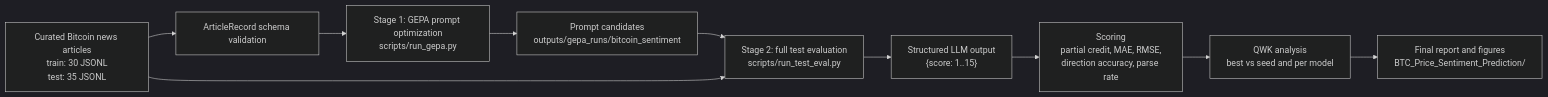
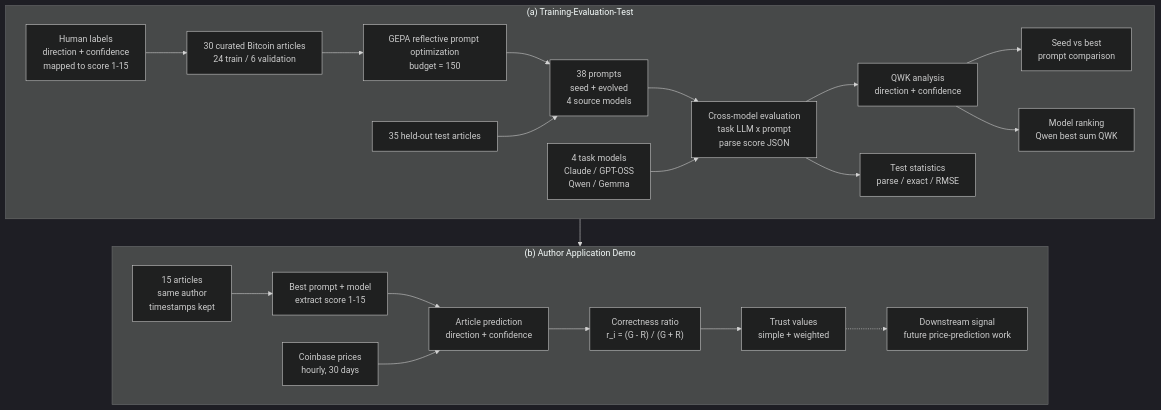
Before and after one commit to Bingrui-Barry-Yang/Market_Prediction_DL_Final_Project: the diagram in README.md, drawn with Mermaid (dark theme). The commit also changed other lines of this file, not shown here.

````diff
--- a/README.md
+++ b/README.md
@@ -47,12 +47,28 @@
 ```mermaid
-flowchart LR
-    A["Curated Bitcoin news articles<br/>train: 30 JSONL<br/>test: 35 JSONL"] --> B["ArticleRecord schema validation"]
-    B --> C["Stage 1: GEPA prompt optimization<br/>scripts/run_gepa.py"]
-    C --> D["Prompt candidates<br/>outputs/gepa_runs/bitcoin_sentiment"]
-    D --> E["Stage 2: full test evaluation<br/>scripts/run_test_eval.py"]
-    A --> E
-    E --> F["Structured LLM output<br/>{score: 1..15}"]
-    F --> G["Scoring<br/>partial credit, MAE, RMSE,<br/>direction accuracy, parse rate"]
-    G --> H["QWK analysis<br/>best vs seed and per model"]
-    H --> I["Final report and figures<br/>BTC_Price_Sentiment_Prediction/"]
+flowchart TB
+    subgraph A["(a) Training-Evaluation-Test"]
+        direction LR
+        Train["30 curated Bitcoin articles<br/>24 train / 6 validation"] --> GEPA["GEPA reflective prompt optimization<br/>budget = 150"]
+        Labels["Human labels<br/>direction + confidence<br/>mapped to score 1-15"] --> Train
+        GEPA --> Prompts["38 prompts<br/>seed + evolved<br/>4 source models"]
+        Test["35 held-out test articles"] --> Prompts
+        Prompts --> Eval["Cross-model evaluation<br/>task LLM x prompt<br/>parse score JSON"]
+        Models["4 task models<br/>Claude / GPT-OSS<br/>Qwen / Gemma"] --> Eval
+        Eval --> QWK["QWK analysis<br/>direction + confidence"]
+        Eval --> Stats["Test statistics<br/>parse / exact / RMSE"]
+        QWK --> SeedBest["Seed vs best<br/>prompt comparison"]
+        QWK --> Ranking["Model ranking<br/>Qwen best sum QWK"]
+    end
+
+    subgraph B["(b) Author Application Demo"]
+        direction LR
+        Author["15 articles<br/>same author<br/>timestamps kept"] --> Best["Best prompt + model<br/>extract score 1-15"]
+        Best --> Pred["Article prediction<br/>direction + confidence"]
+        Prices["Coinbase prices<br/>hourly, 30 days"] --> Pred
+        Pred --> Ratio["Correctness ratio<br/>r_i = (G - R) / (G + R)"]
+        Ratio --> Trust["Trust values<br/>simple + weighted"]
+        Trust -.-> Future["Downstream signal<br/>future price-prediction work"]
+    end
+
+    A --> B
 ```
````
